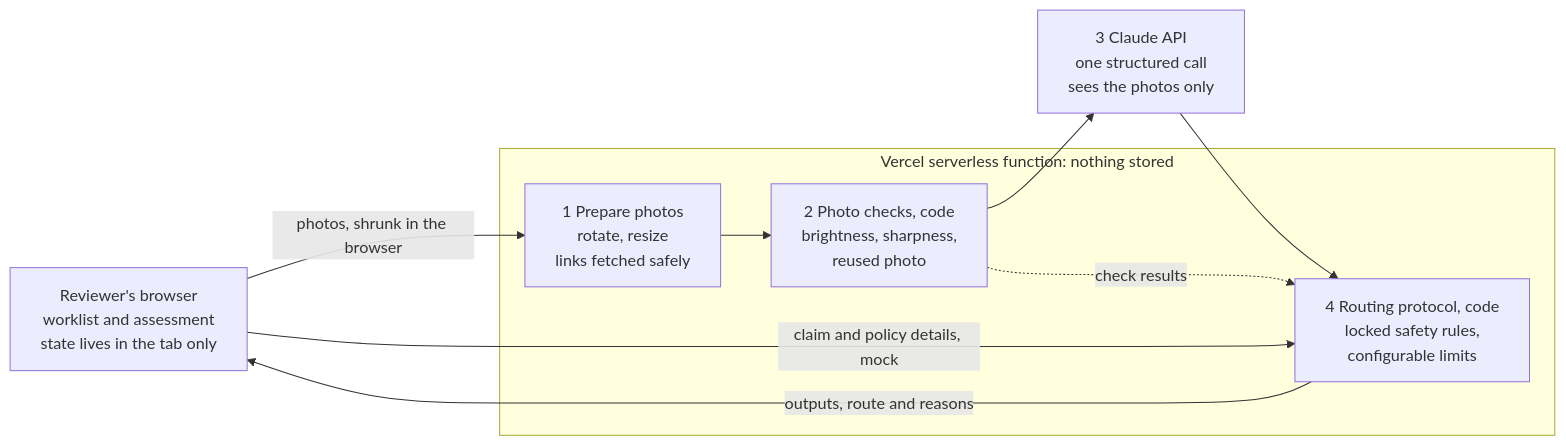
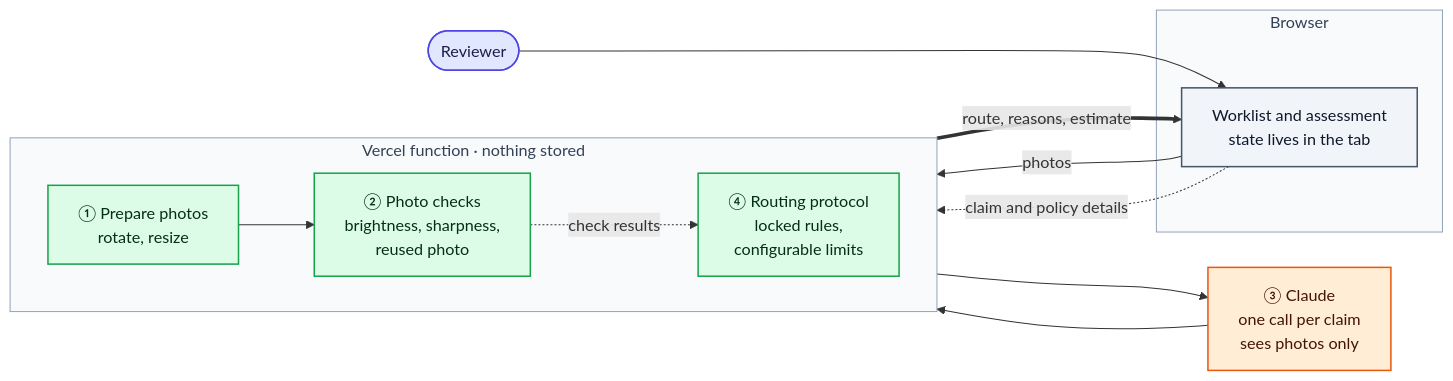
One commit to wellnessaistack-maker/vehicle-damage-claims-ai changed the first of 2 diagrams in README.md. Above: the diagram before and after it, drawn with Mermaid. The commit also changed other lines of this file, not shown here.

First line of the commit message:
README: clearer, colour-coded architecture diagrams

````diff
--- a/README.md
+++ b/README.md
@@ -60,15 +60,34 @@
 ```mermaid
 flowchart LR
-  UI["Reviewer's browser<br/>worklist and assessment<br/>state lives in the tab only"]
-  subgraph Server["Vercel serverless function: nothing stored"]
-    Prep["1 Prepare photos<br/>rotate, resize<br/>links fetched safely"]
-    Checks["2 Photo checks, code<br/>brightness, sharpness,<br/>reused photo"]
-    Rules["4 Routing protocol, code<br/>locked safety rules,<br/>configurable limits"]
+  rev(["Reviewer"])
+
+  subgraph BR["Browser"]
+    ui["Worklist and assessment<br/>state lives in the tab"]
   end
-  Claude["3 Claude API<br/>one structured call<br/>sees the photos only"]
 
-  UI -->|"photos, shrunk in the browser"| Prep --> Checks --> Claude --> Rules
-  Checks -.->|"check results"| Rules
-  UI -->|"claim and policy details, mock"| Rules
-  Rules -->|"outputs, route and reasons"| UI
+  subgraph VC["Vercel function · nothing stored"]
+    direction LR
+    prep["① Prepare photos<br/>rotate, resize"]
+    checks["② Photo checks<br/>brightness, sharpness,<br/>reused photo"]
+    rules["④ Routing protocol<br/>locked rules,<br/>configurable limits"]
+  end
+
+  ai["③ Claude<br/>one call per claim<br/>sees photos only"]
+
+  rev --> ui
+  ui -- "photos" --> prep --> checks --> ai --> rules
+  checks -. "check results" .-> rules
+  ui -. "claim and policy details" .-> rules
+  rules == "route, reasons, estimate" ==> ui
+
+  classDef person fill:#e0e7ff,stroke:#4f46e5,color:#1e1b4b,stroke-width:1.5px
+  classDef screen fill:#f1f5f9,stroke:#475569,color:#0f172a,stroke-width:1.5px
+  classDef code fill:#dcfce7,stroke:#16a34a,color:#052e16,stroke-width:1.5px
+  classDef model fill:#ffedd5,stroke:#ea580c,color:#431407,stroke-width:1.5px
+  class rev person
+  class ui screen
+  class prep,checks,rules code
+  class ai model
+  style BR fill:#f8fafc,stroke:#94a3b8,color:#334155
+  style VC fill:#f8fafc,stroke:#94a3b8,color:#334155
 ```
````
